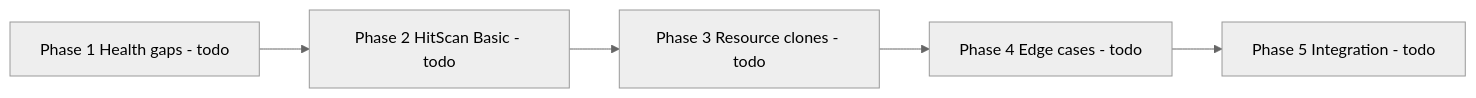
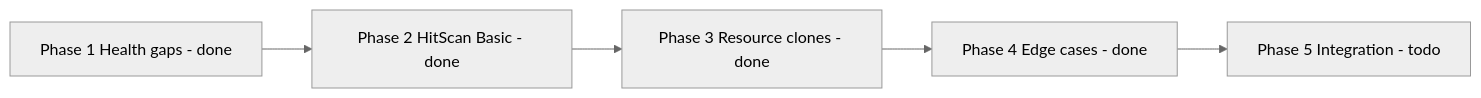
Before and after one commit to cluttered-code/godot-health-hitbox-hurtbox: the second of 8 diagrams in .cursor/plans/better_testing_coverage.md, drawn with Mermaid (neutral theme). The commit also changed other lines of this file and 79 other files, not shown here.

First line of the commit message:
Wave A/B: HitScan clone & Basic init fixes, expanded tests (#23)

````diff
--- a/.cursor/plans/better_testing_coverage.md
+++ b/.cursor/plans/better_testing_coverage.md
@@ -75,7 +75,7 @@
 ```mermaid
 flowchart LR
-  P1["Phase 1 Health gaps - todo"] --> P2["Phase 2 HitScan Basic - todo"]
-  P2 --> P3["Phase 3 Resource clones - todo"]
-  P3 --> P4["Phase 4 Edge cases - todo"]
+  P1["Phase 1 Health gaps - done"] --> P2["Phase 2 HitScan Basic - done"]
+  P2 --> P3["Phase 3 Resource clones - done"]
+  P3 --> P4["Phase 4 Edge cases - done"]
   P4 --> P5["Phase 5 Integration - todo"]
 ```
````
